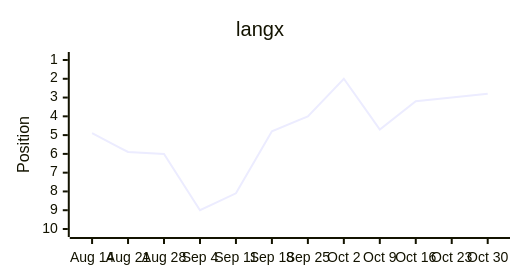
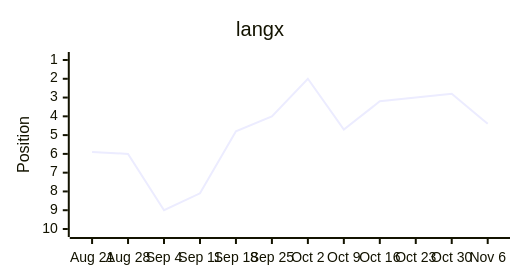
The ninth of 13 diagrams in latest.md (langx/website), drawn with Mermaid before and after one commit. The commit also changed other lines of this file and 2 other files, not shown here.

````diff
--- a/latest.md
+++ b/latest.md
@@ -138,13 +138,13 @@
 ```mermaid
 ---
 config:
   xyChart:
     width: 500
     height: 260
 ---
 xychart-beta
   title "langx"
-  x-axis ["Aug 14", "Aug 21", "Aug 28", "Sep 4", "Sep 11", "Sep 18", "Sep 25", "Oct 2", "Oct 9", "Oct 16", "Oct 23", "Oct 30"]
+  x-axis ["Aug 21", "Aug 28", "Sep 4", "Sep 11", "Sep 18", "Sep 25", "Oct 2", "Oct 9", "Oct 16", "Oct 23", "Oct 30", "Nov 6"]
   y-axis "Position" 10 --> 1
-  line [4.9, 5.9, 6, 9, 8.1, 4.8, 4, 2, 4.7, 3.2, 3, 2.8]
+  line [5.9, 6, 9, 8.1, 4.8, 4, 2, 4.7, 3.2, 3, 2.8, 4.4]
 ```
````
